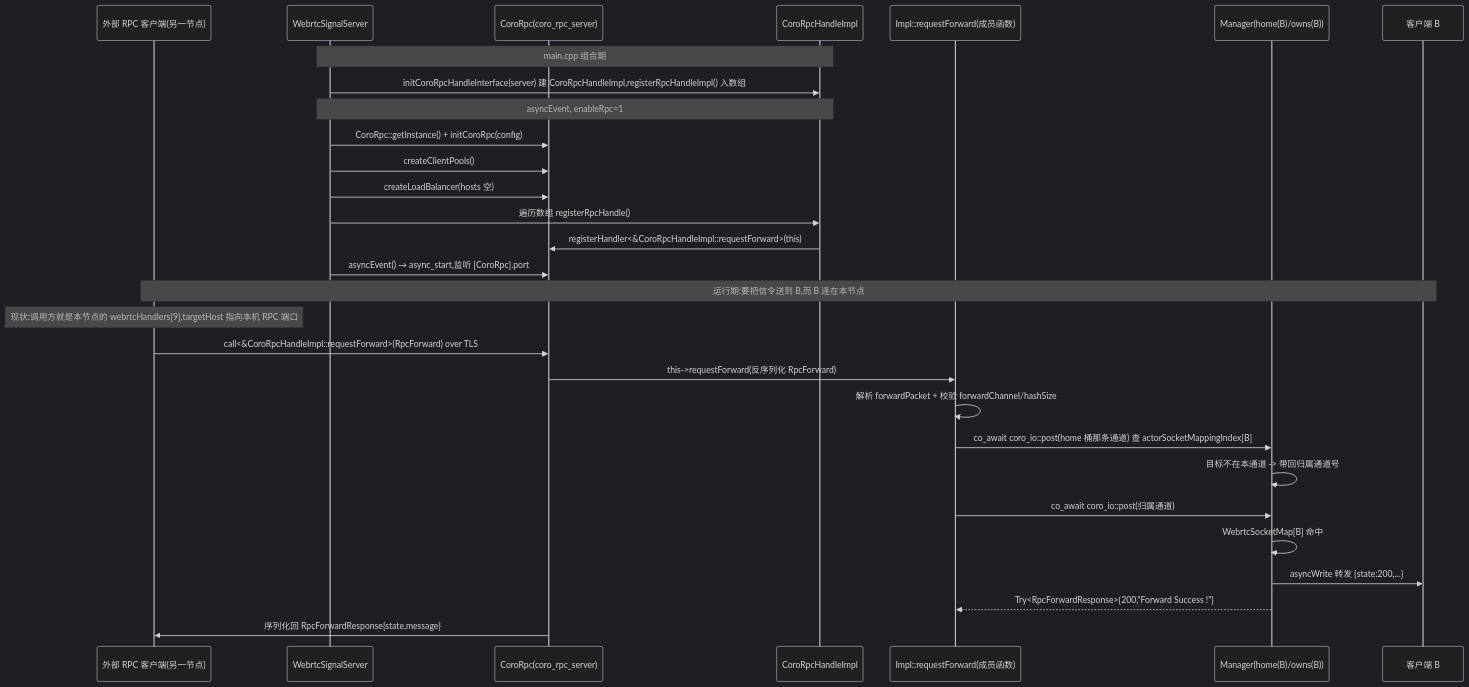
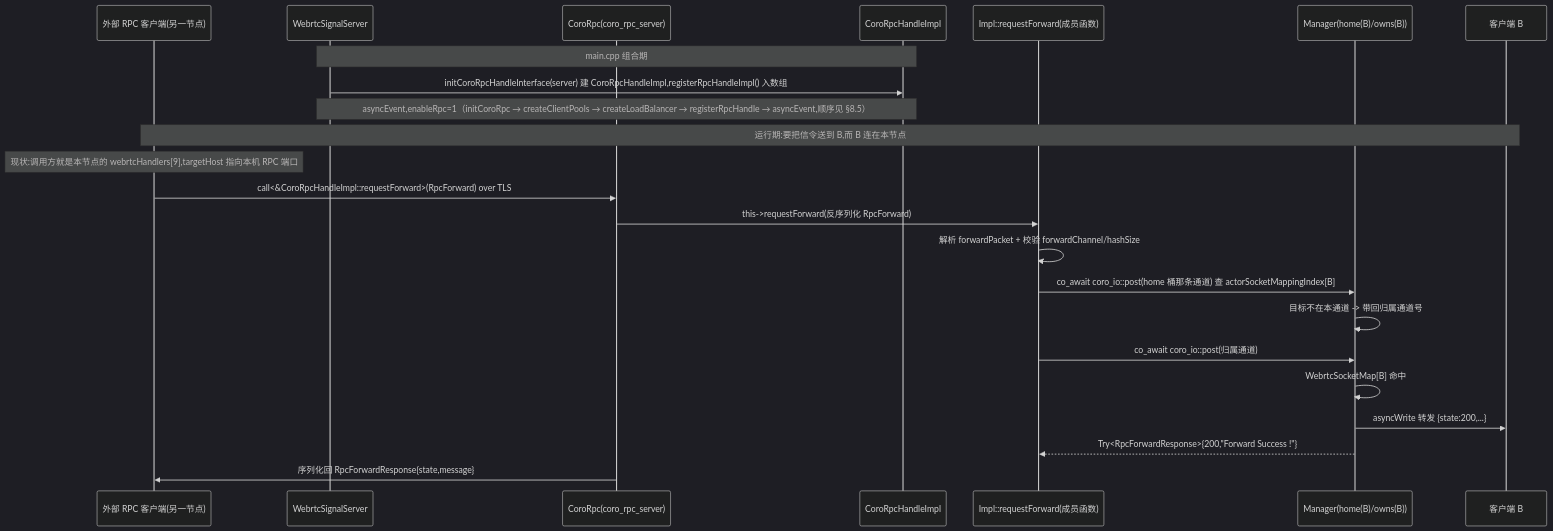
Before and after one commit to HopeTiga/HopeDesk: the fifth of 5 diagrams in WebrtcSignalServer.md, drawn with Mermaid (dark theme). The commit also changed other lines of this file, not shown here.

````diff
--- a/WebrtcSignalServer.md
+++ b/WebrtcSignalServer.md
@@ -677,31 +655,25 @@
 ```mermaid
 sequenceDiagram
   participant Cli as 外部 RPC 客户端(另一节点)
   participant Srv as WebrtcSignalServer
   participant Rpc as CoroRpc(coro_rpc_server)
   participant Impl as CoroRpcHandleImpl
   participant Fn as Impl::requestForward(成员函数)
   participant Mb as Manager(home(B)/owns(B))
   participant B as 客户端 B
   Note over Srv,Impl: main.cpp 组合期
   Srv->>Impl: initCoroRpcHandleInterface(server) 建 CoroRpcHandleImpl,registerRpcHandleImpl() 入数组
-  Note over Srv,Impl: asyncEvent, enableRpc=1
-  Srv->>Rpc: CoroRpc::getInstance() + initCoroRpc(config)
-  Srv->>Rpc: createClientPools()
-  Srv->>Rpc: createLoadBalancer(hosts 空)
-  Srv->>Impl: 遍历数组 registerRpcHandle()
-  Impl->>Rpc: registerHandler<&CoroRpcHandleImpl::requestForward>(this)
-  Srv->>Rpc: asyncEvent() → async_start,监听 [CoroRpc].port
+  Note over Srv,Impl: asyncEvent,enableRpc=1（initCoroRpc → createClientPools → createLoadBalancer → registerRpcHandle → asyncEvent,顺序见 §8.5）
   Note over Cli,B: 运行期:要把信令送到 B,而 B 连在本节点
   Note over Cli: 现状:调用方就是本节点的 webrtcHandlers[9],targetHost 指向本机 RPC 端口
   Cli->>Rpc: call<&CoroRpcHandleImpl::requestForward>(RpcForward) over TLS
   Rpc->>Fn: this->requestForward(反序列化 RpcForward)
   Fn->>Fn: 解析 forwardPacket + 校验 forwardChannel/hashSize
   Fn->>Mb: co_await coro_io::post(home 桶那条通道) 查 actorSocketMappingIndex[B]
   Mb->>Mb: 目标不在本通道 -> 带回归属通道号
   Fn->>Mb: co_await coro_io::post(归属通道)
   Mb->>Mb: WebrtcSocketMap[B] 命中
   Mb->>B: asyncWrite 转发 {state:200,...}
   Mb-->>Fn: Try<RpcForwardResponse>{200,"Forward Success !"}
   Rpc->>Cli: 序列化回 RpcForwardResponse{state,message}
 ```
````
